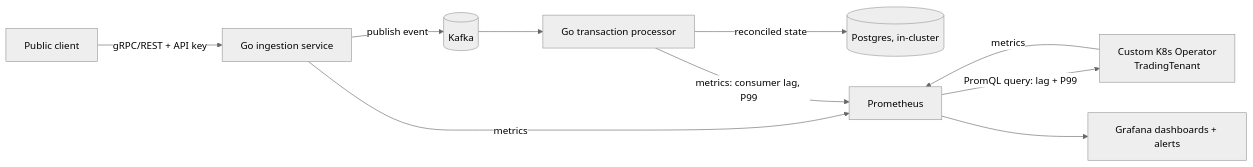
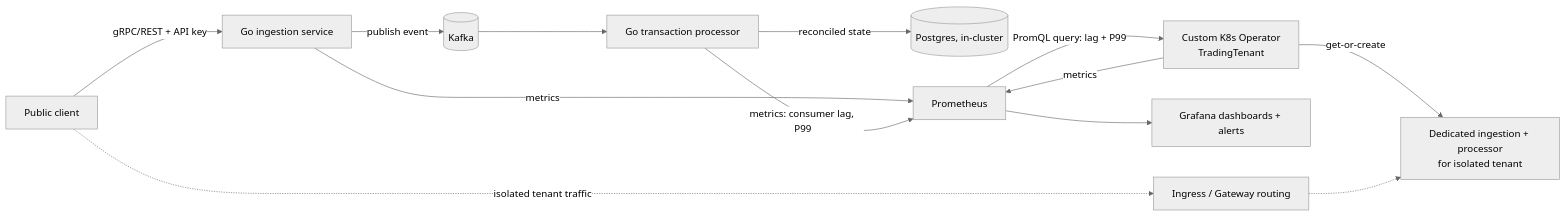
One commit to anwinsenp/go-transaction-control-plane changed the diagram in docs/ARCHITECTURE.md. Above: the diagram before and after it, drawn with Mermaid (neutral theme). The commit also changed other lines of this file and 3 other files, not shown here.

First line of the commit message:
docs(operator): add ADR 0007 for automated tenant isolation

````diff
--- a/docs/ARCHITECTURE.md
+++ b/docs/ARCHITECTURE.md
@@ -40,12 +40,15 @@
 ```mermaid
 flowchart LR
     client[Public client] -->|gRPC/REST + API key| ingest[Go ingestion service]
     ingest -->|publish event| kafka[(Kafka)]
     kafka --> processor[Go transaction processor]
     processor -->|reconciled state| postgres[(Postgres, in-cluster)]
     ingest -->|metrics| prom[Prometheus]
     processor -->|metrics: consumer lag, P99| prom
     operator -->|metrics| prom
     prom -->|PromQL query: lag + P99| operator[Custom K8s Operator\nTradingTenant]
     prom --> grafana[Grafana dashboards + alerts]
+    operator -->|get-or-create| dedicated[Dedicated ingestion + processor\nfor isolated tenant]
+    client -.->|isolated tenant traffic| ingress[Ingress / Gateway routing]
+    ingress -.-> dedicated
 ```
````
